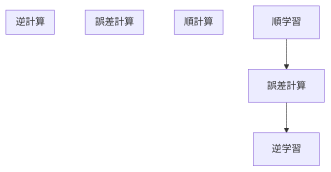
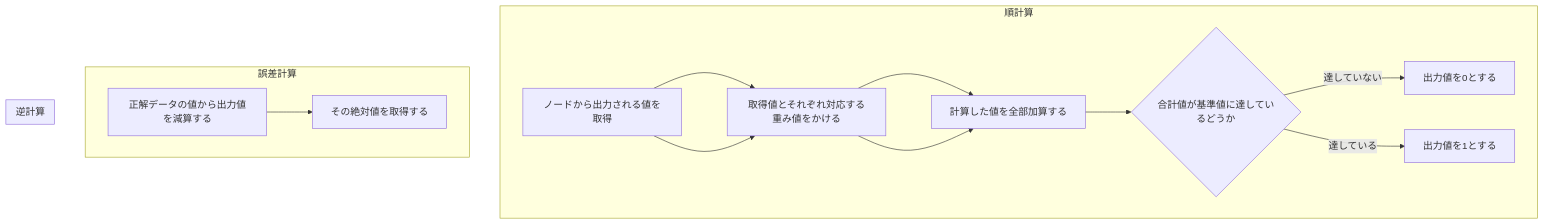
One commit to Tiamat-KIT/MarkDownMermaid changed the diagram in Perceptron.md. Above: the diagram before and after it, drawn with Mermaid.

````diff
--- a/Perceptron.md
+++ b/Perceptron.md
@@ -1,11 +1,17 @@
 ```mermaid
 flowchart TB
   A[順学習]　--> B[誤差計算]
   B --> C[逆学習]
   subgraph ide1 [順計算]
+    A[ノードから出力される値を取得] --> B[取得値とそれぞれ対応する重み値をかける]
+    B --> C[計算した値を全部加算する]
+    C --> D{合計値が基準値に達しているどうか}
+    D -->|達していない| E[出力値を0とする]
+    D -->|達している| F[出力値を1とする]
   end
   subgraph ide2 [誤差計算]
+    G[正解データの値から出力値を減算する] --> H[その絶対値を取得する]
   end
   subgraph ide3 [逆計算]
   end
 ```
````
